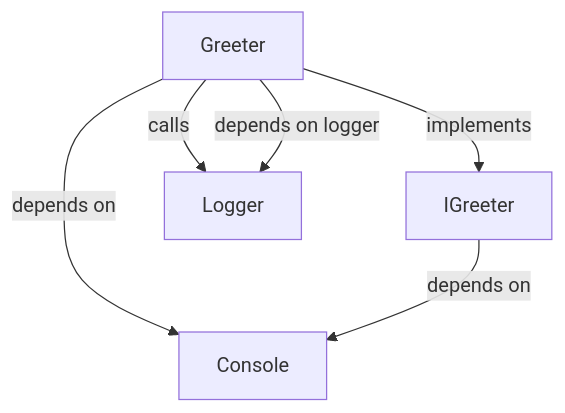
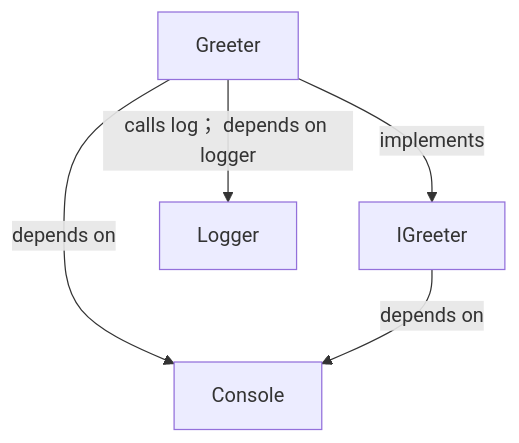
The first of 2 diagrams in docs/examples/new-syntax/greeter-diagrams.md (GreenPandaStudios/augscript), drawn with Mermaid before and after one commit. The commit also changed other lines of this file and 304 other files, not shown here.

Commit message:
Make generated data-flow sequences concise and review every diagram

````diff
--- a/docs/examples/new-syntax/greeter-diagrams.md
+++ b/docs/examples/new-syntax/greeter-diagrams.md
@@ -19,12 +19,11 @@
 ```mermaid
 flowchart TD
     n0["Console"]
     n1["Greeter"]
     n2["IGreeter"]
     n3["Logger"]
     n1 -->|"depends on"| n0
     n1 -->|"implements"| n2
-    n1 -->|"calls"| n3
-    n1 -->|"depends on logger"| n3
+    n1 -->|"calls log； depends on logger"| n3
     n2 -->|"depends on"| n0
 ```
````
